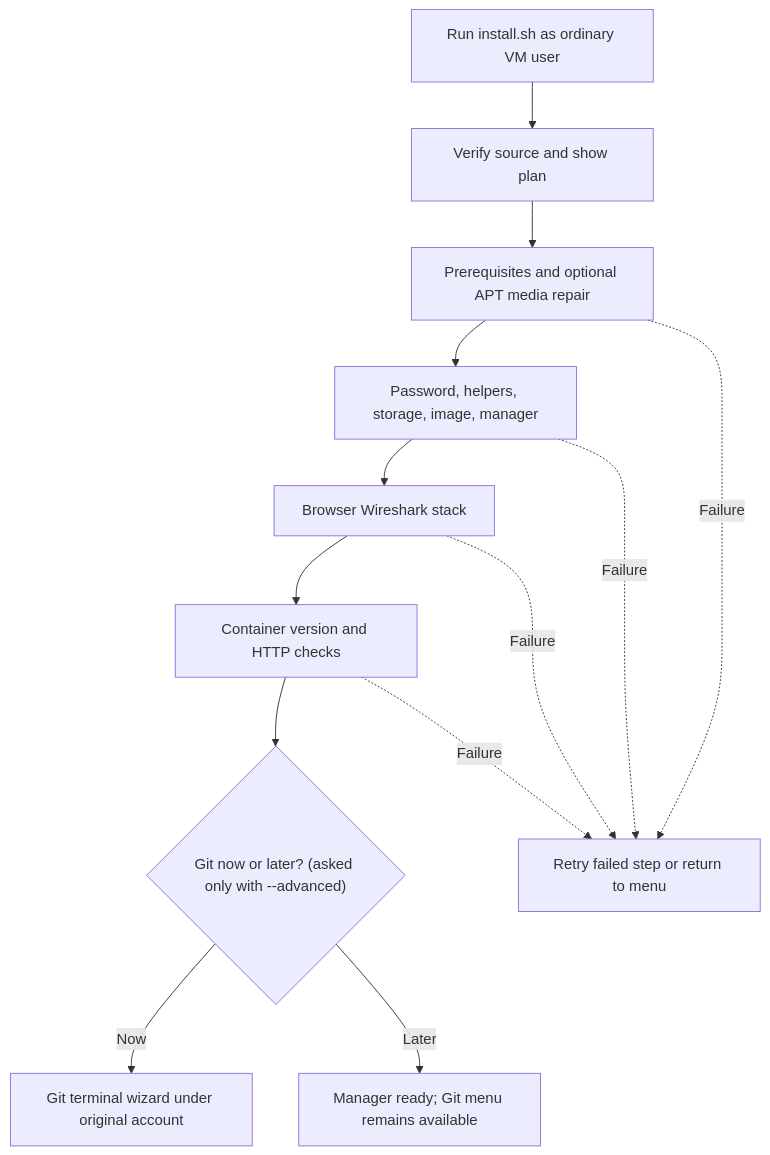
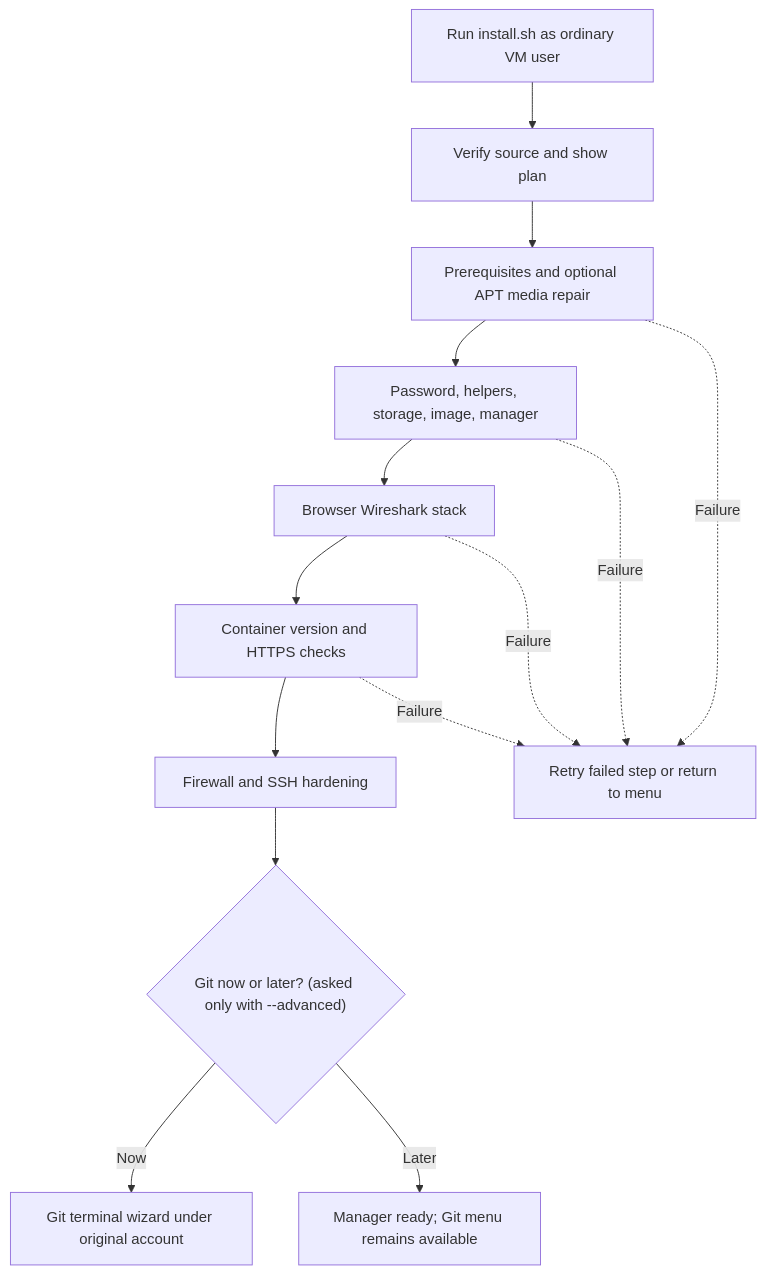
The diagram in docs/INSTALL.md (ArchRuger/CLAB-BACKUP-WORKER-v2), drawn with Mermaid before and after one commit. The commit also changed other lines of this file and 8 other files, not shown here.

````diff
--- a/docs/INSTALL.md
+++ b/docs/INSTALL.md
@@ -117,15 +122,16 @@
 ```mermaid
 flowchart TD
     A[Run install.sh as ordinary VM user] --> B[Verify source and show plan]
     B --> C[Prerequisites and optional APT media repair]
     C --> D[Password, helpers, storage, image, manager]
     D --> E[Browser Wireshark stack]
-    E --> G[Container version and HTTP checks]
-    G --> H{"Git now or later? (asked only with --advanced)"}
+    E --> G[Container version and HTTPS checks]
+    G --> F[Firewall and SSH hardening]
+    F --> H{"Git now or later? (asked only with --advanced)"}
     H -- Now --> I[Git terminal wizard under original account]
     H -- Later --> J[Manager ready; Git menu remains available]
     C -. Failure .-> K[Retry failed step or return to menu]
     D -. Failure .-> K
     E -. Failure .-> K
     G -. Failure .-> K
 ```
````
